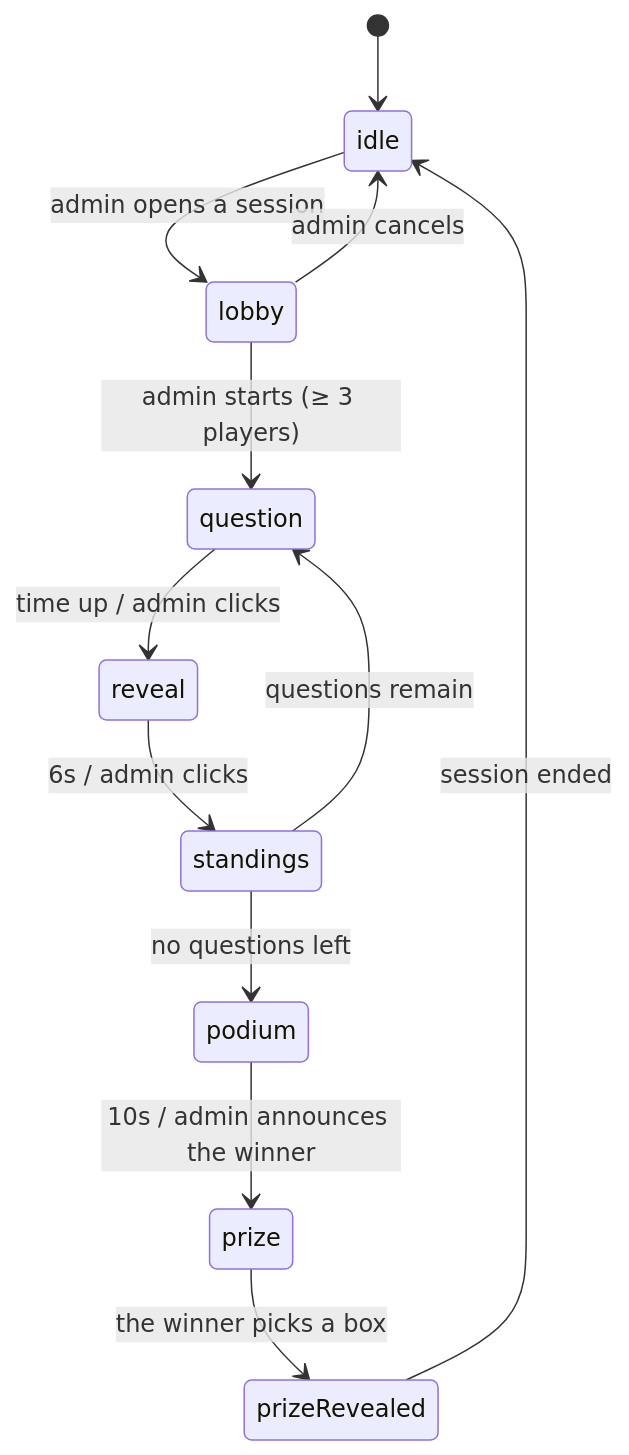
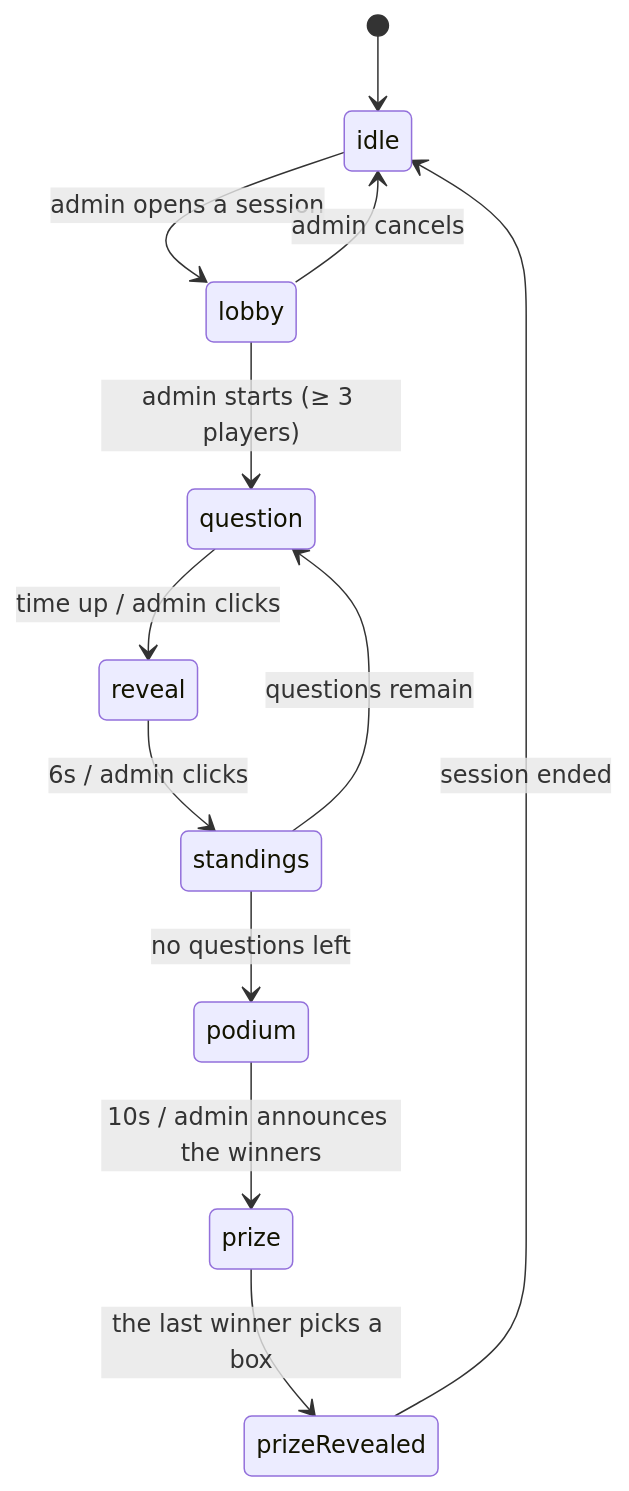
Before and after one commit to kiu-chan/open-day-quiz: the diagram in docs/architecture.md, drawn with Mermaid. The commit also changed other lines of this file and 18 other files, not shown here.

First line of the commit message:
Refactor winner announcement logic to support multiple winners

````diff
--- a/docs/architecture.md
+++ b/docs/architecture.md
@@ -121,14 +121,14 @@
 ```mermaid
 stateDiagram-v2
     [*] --> idle
     idle --> lobby: admin opens a session
     lobby --> question: admin starts (≥ 3 players)
     question --> reveal: time up / admin clicks
     reveal --> standings: 6s / admin clicks
     standings --> question: questions remain
     standings --> podium: no questions left
-    podium --> prize: 10s / admin announces the winner
-    prize --> prizeRevealed: the winner picks a box
+    podium --> prize: 10s / admin announces the winners
+    prize --> prizeRevealed: the last winner picks a box
     prizeRevealed --> idle: session ended
     lobby --> idle: admin cancels
 ```
````
